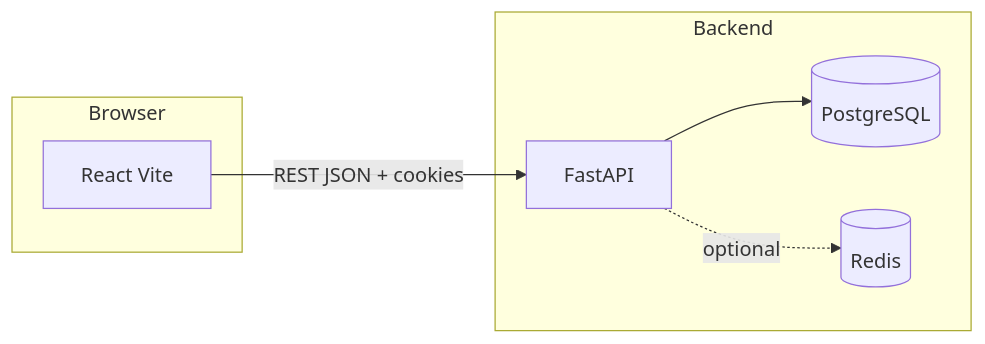
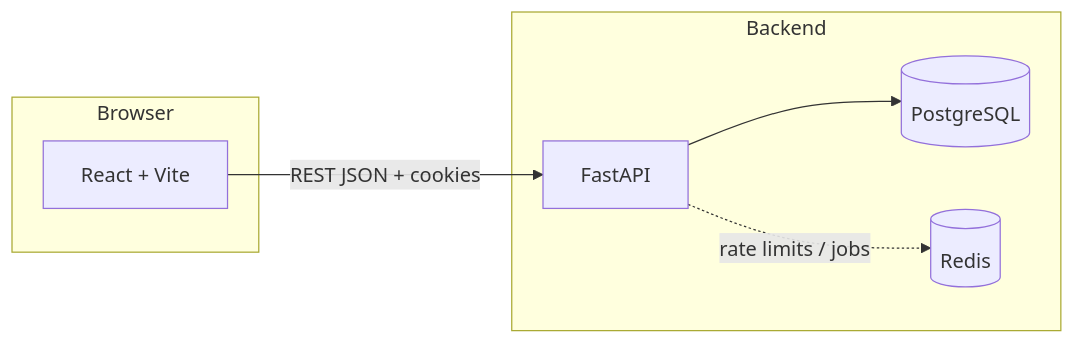
One commit to Ib-uth/arewapay changed the diagram in README.md. Above: the diagram before and after it, drawn with Mermaid. The commit also changed other lines of this file, not shown here.

````diff
--- a/README.md
+++ b/README.md
@@ -13,14 +47,14 @@
 ```mermaid
 flowchart LR
   subgraph client [Browser]
-    FE[React Vite]
+    FE[React + Vite]
   end
   subgraph server [Backend]
     API[FastAPI]
     DB[(PostgreSQL)]
     RD[(Redis)]
   end
   FE -->|REST JSON + cookies| API
   API --> DB
-  API -. optional .-> RD
+  API -. rate limits / jobs .-> RD
 ```
````
